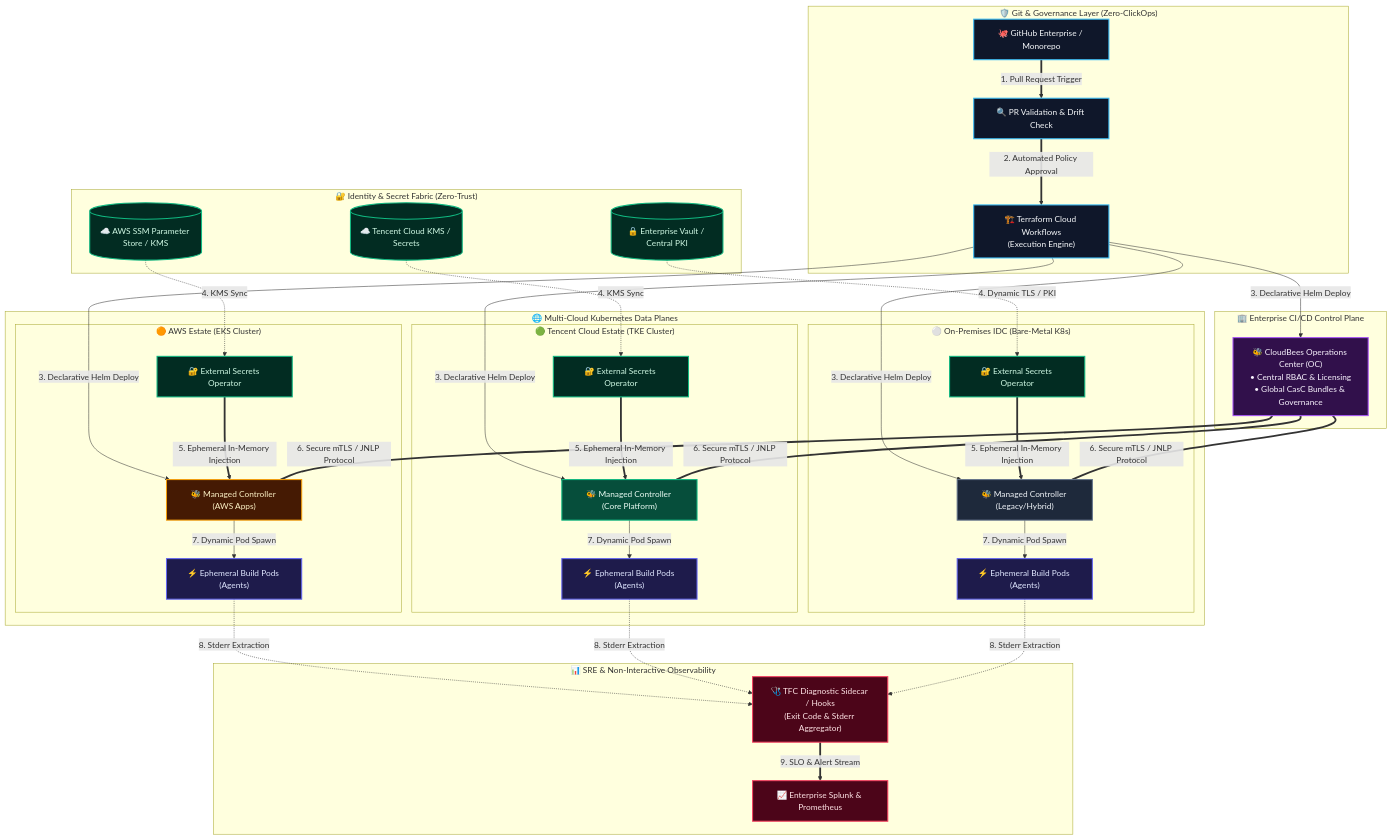
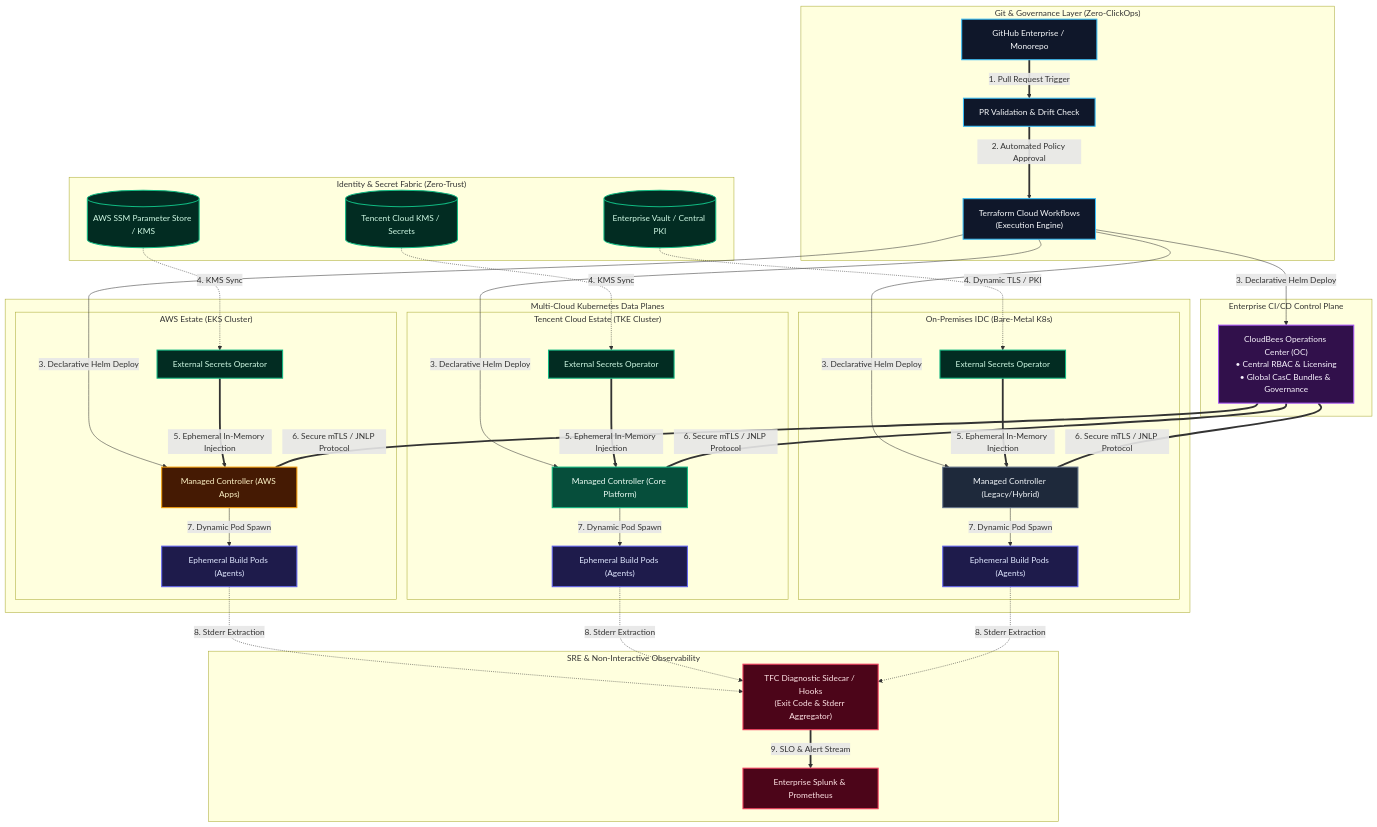
The diagram in README.md (GRayMillerDes/multicloud-cicd-zero-trust-architecture), drawn with Mermaid before and after one commit. The commit also changed other lines of this file, not shown here.

Commit message:
docs: remove emojis and add Architectural Decision Records (ADR) matrix

````diff
--- a/README.md
+++ b/README.md
@@ -58,82 +58,82 @@
 ```mermaid
 graph TB
     %% Styling and Class Definitions
     classDef gitops fill:#0f172a,stroke:#38bdf8,stroke-width:2px,color:#f8fafc;
     classDef secrets fill:#022c22,stroke:#10b981,stroke-width:2px,color:#d1fae5;
     classDef core fill:#31104b,stroke:#a855f7,stroke-width:2px,color:#faf5ff;
     classDef aws fill:#451a03,stroke:#f59e0b,stroke-width:2px,color:#fef3c7;
     classDef tke fill:#064e3b,stroke:#10b981,stroke-width:2px,color:#ecfdf5;
     classDef idc fill:#1e293b,stroke:#64748b,stroke-width:2px,color:#f1f5f9;
     classDef obs fill:#4c0519,stroke:#f43f5e,stroke-width:2px,color:#ffe4e6;
     classDef pod fill:#1e1b4b,stroke:#6366f1,stroke-width:2px,color:#e0e7ff;
 
-    subgraph LAYER_GITOPS["🛡️ Git & Governance Layer (Zero-ClickOps)"]
-        GH["🐙 GitHub Enterprise / Monorepo"]:::gitops
-        PR["🔍 PR Validation & Drift Check"]:::gitops
-        TFC["🏗️ Terraform Cloud Workflows<br/>(Execution Engine)"]:::gitops
+    subgraph LAYER_GITOPS["Git & Governance Layer (Zero-ClickOps)"]
+        GH["GitHub Enterprise / Monorepo"]:::gitops
+        PR["PR Validation & Drift Check"]:::gitops
+        TFC["Terraform Cloud Workflows<br/>(Execution Engine)"]:::gitops
     end
 
-    subgraph LAYER_SECRETS["🔐 Identity & Secret Fabric (Zero-Trust)"]
-        SSM[("☁️ AWS SSM Parameter Store / KMS")]:::secrets
-        TCC_KMS[("☁️ Tencent Cloud KMS / Secrets")]:::secrets
-        VAULT[("🔒 Enterprise Vault / Central PKI")]:::secrets
+    subgraph LAYER_SECRETS["Identity & Secret Fabric (Zero-Trust)"]
+        SSM[("AWS SSM Parameter Store / KMS")]:::secrets
+        TCC_KMS[("Tencent Cloud KMS / Secrets")]:::secrets
+        VAULT[("Enterprise Vault / Central PKI")]:::secrets
     end
 
-    subgraph LAYER_CONTROL["🏢 Enterprise CI/CD Control Plane"]
-        OC["🐝 CloudBees Operations Center (OC)<br/>• Central RBAC & Licensing<br/>• Global CasC Bundles & Governance"]:::core
+    subgraph LAYER_CONTROL["Enterprise CI/CD Control Plane"]
+        OC["CloudBees Operations Center (OC)<br/>• Central RBAC & Licensing<br/>• Global CasC Bundles & Governance"]:::core
     end
 
-    subgraph LAYER_DATA["🌐 Multi-Cloud Kubernetes Data Planes"]
-        subgraph CLOUD_AWS["🟠 AWS Estate (EKS Cluster)"]
-            ESO_AWS["🔐 External Secrets Operator"]:::secrets
-            MC_AWS["🐝 Managed Controller (AWS Apps)"]:::aws
-            POD_AWS["⚡ Ephemeral Build Pods (Agents)"]:::pod
+    subgraph LAYER_DATA["Multi-Cloud Kubernetes Data Planes"]
+        subgraph CLOUD_AWS["AWS Estate (EKS Cluster)"]
+            ESO_AWS["External Secrets Operator"]:::secrets
+            MC_AWS["Managed Controller (AWS Apps)"]:::aws
+            POD_AWS["Ephemeral Build Pods (Agents)"]:::pod
         end
 
-        subgraph CLOUD_TKE["🟢 Tencent Cloud Estate (TKE Cluster)"]
-            ESO_TCC["🔐 External Secrets Operator"]:::secrets
-            MC_TCC["🐝 Managed Controller (Core Platform)"]:::tke
-            POD_TCC["⚡ Ephemeral Build Pods (Agents)"]:::pod
+        subgraph CLOUD_TKE["Tencent Cloud Estate (TKE Cluster)"]
+            ESO_TCC["External Secrets Operator"]:::secrets
+            MC_TCC["Managed Controller (Core Platform)"]:::tke
+            POD_TCC["Ephemeral Build Pods (Agents)"]:::pod
         end
 
-        subgraph CLUSTER_IDC["⚪ On-Premises IDC (Bare-Metal K8s)"]
-            ESO_IDC["🔐 External Secrets Operator"]:::secrets
-            MC_IDC["🐝 Managed Controller (Legacy/Hybrid)"]:::idc
-            POD_IDC["⚡ Ephemeral Build Pods (Agents)"]:::pod
+        subgraph CLUSTER_IDC["On-Premises IDC (Bare-Metal K8s)"]
+            ESO_IDC["External Secrets Operator"]:::secrets
+            MC_IDC["Managed Controller (Legacy/Hybrid)"]:::idc
+            POD_IDC["Ephemeral Build Pods (Agents)"]:::pod
         end
     end
 
-    subgraph LAYER_OBS["📊 SRE & Non-Interactive Observability"]
-        LOGS["🩺 TFC Diagnostic Sidecar / Hooks<br/>(Exit Code & Stderr Aggregator)"]:::obs
-        SPLUNK["📈 Enterprise Splunk & Prometheus"]:::obs
+    subgraph LAYER_OBS["SRE & Non-Interactive Observability"]
+        LOGS["TFC Diagnostic Sidecar / Hooks<br/>(Exit Code & Stderr Aggregator)"]:::obs
+        SPLUNK["Enterprise Splunk & Prometheus"]:::obs
     end
 
     %% Pipeline and Control Workflows
     GH ==>|1. Pull Request Trigger| PR
     PR ==>|2. Automated Policy Approval| TFC
     TFC -->|3. Declarative Helm Deploy| OC
     TFC -->|3. Declarative Helm Deploy| MC_AWS
     TFC -->|3. Declarative Helm Deploy| MC_TCC
     TFC -->|3. Declarative Helm Deploy| MC_IDC
 
     SSM -.->|4. KMS Sync| ESO_AWS
     TCC_KMS -.->|4. KMS Sync| ESO_TCC
     VAULT -.->|4. Dynamic TLS / PKI| ESO_IDC
 
     ESO_AWS ==>|5. Ephemeral In-Memory Injection| MC_AWS
     ESO_TCC ==>|5. Ephemeral In-Memory Injection| MC_TCC
     ESO_IDC ==>|5. Ephemeral In-Memory Injection| MC_IDC
 
     OC ===|6. Secure mTLS / JNLP Protocol| MC_AWS
     OC ===|6. Secure mTLS / JNLP Protocol| MC_TCC
     OC ===|6. Secure mTLS / JNLP Protocol| MC_IDC
 
     MC_AWS -->|7. Dynamic Pod Spawn| POD_AWS
     MC_TCC -->|7. Dynamic Pod Spawn| POD_TCC
     MC_IDC -->|7. Dynamic Pod Spawn| POD_IDC
 
     POD_AWS -.->|8. Stderr Extraction| LOGS
     POD_TCC -.->|8. Stderr Extraction| LOGS
     POD_IDC -.->|8. Stderr Extraction| LOGS
     LOGS ==>|9. SLO & Alert Stream| SPLUNK
 ```
````
